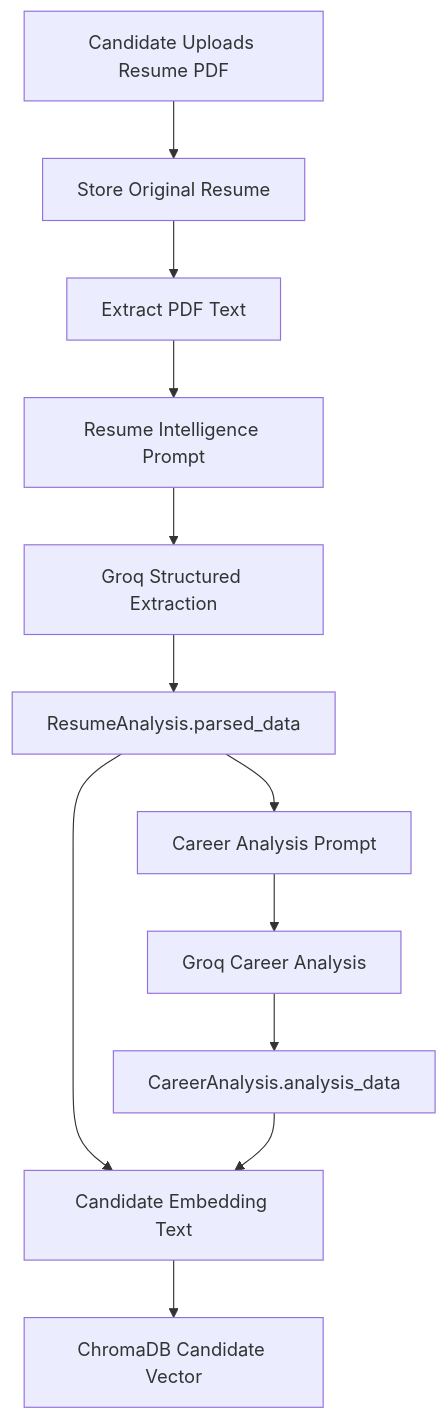
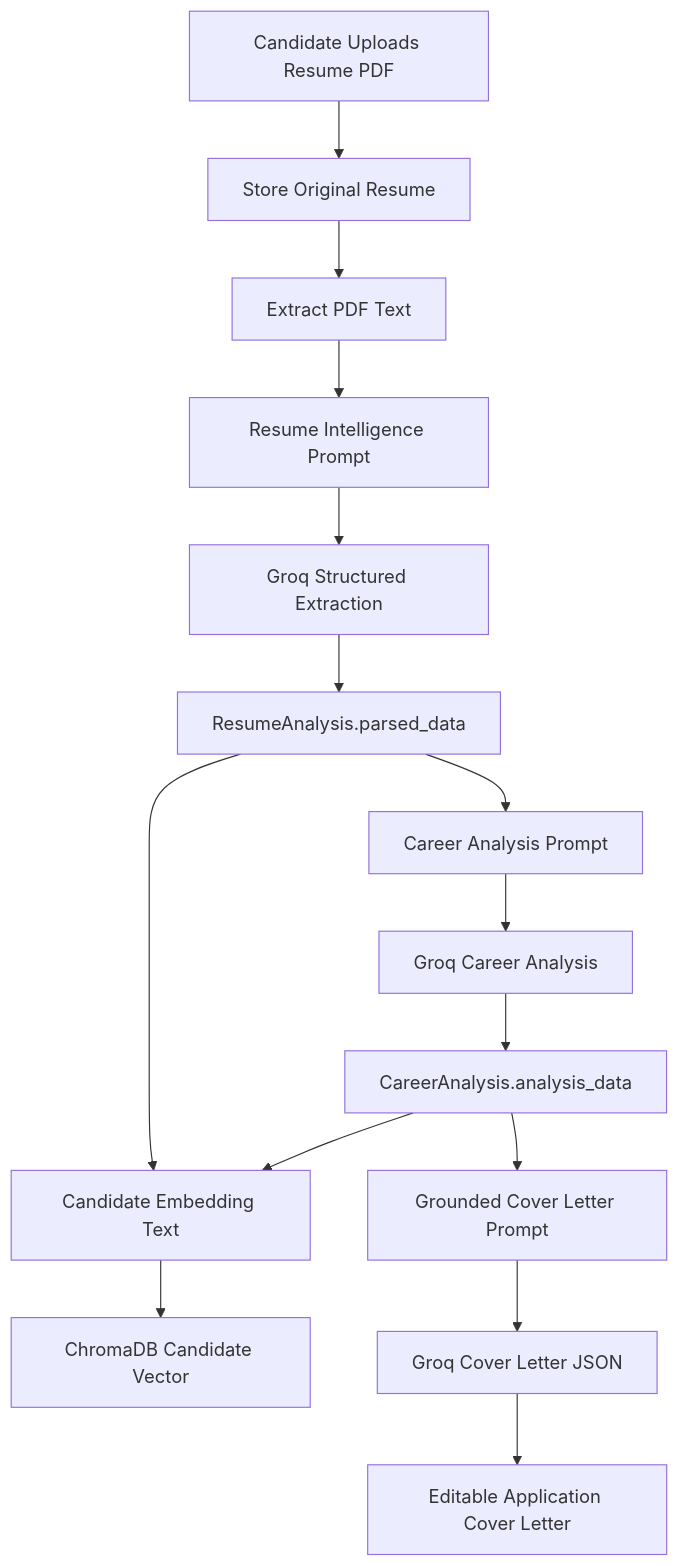
One commit to salamlakhan7/Job-connect-Full-stack changed the second of 3 diagrams in README.md. Above: the diagram before and after it, drawn with Mermaid. The commit also changed other lines of this file and 245 other files, not shown here.

````diff
--- a/README.md
+++ b/README.md
@@ -95,14 +96,17 @@
 ```mermaid
 flowchart TD
     Upload[Candidate Uploads Resume PDF] --> Store[Store Original Resume]
     Store --> Extract[Extract PDF Text]
     Extract --> ResumePrompt[Resume Intelligence Prompt]
     ResumePrompt --> GroqResume[Groq Structured Extraction]
     GroqResume --> ResumeAnalysis[ResumeAnalysis.parsed_data]
     ResumeAnalysis --> CareerPrompt[Career Analysis Prompt]
     CareerPrompt --> GroqCareer[Groq Career Analysis]
     GroqCareer --> CareerAnalysis[CareerAnalysis.analysis_data]
     ResumeAnalysis --> CandidateEmbedding[Candidate Embedding Text]
     CareerAnalysis --> CandidateEmbedding
     CandidateEmbedding --> CandidateVector[ChromaDB Candidate Vector]
+    CareerAnalysis --> CoverLetterPrompt[Grounded Cover Letter Prompt]
+    CoverLetterPrompt --> GroqCover[Groq Cover Letter JSON]
+    GroqCover --> Application[Editable Application Cover Letter]
 ```
````
